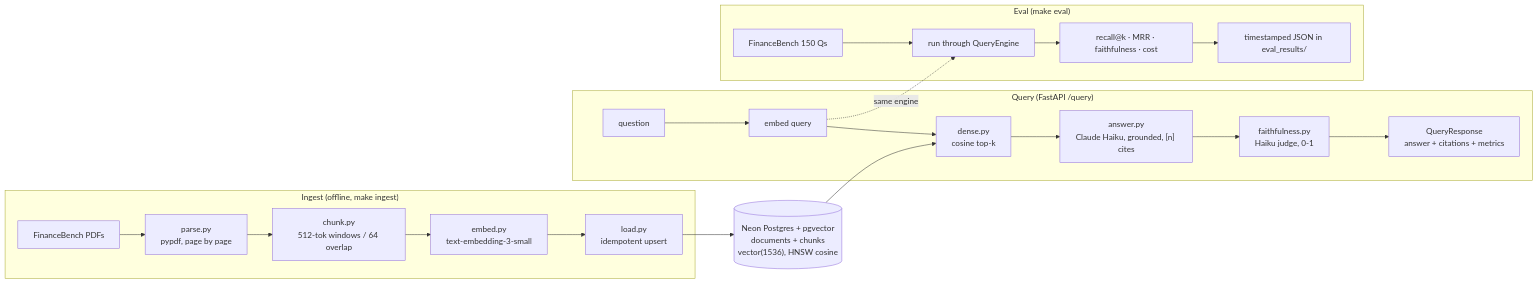
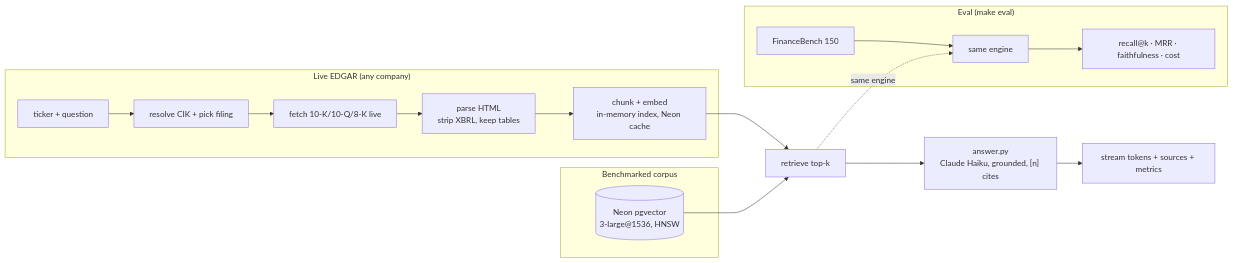
The diagram in README.md (skandula9273/sec-rag-eval), drawn with Mermaid before and after one commit. The commit also changed other lines of this file and 2 other files, not shown here.

First line of the commit message:
Docs: refresh README + CLAUDE.md to the shipped live-EDGAR system

````diff
--- a/README.md
+++ b/README.md
@@ -60,26 +64,20 @@
 ```mermaid
 flowchart LR
-    subgraph INGEST["Ingest (offline, make ingest)"]
-        PDF[FinanceBench PDFs] --> PA[parse.py<br/>pypdf, page by page]
-        PA --> CH[chunk.py<br/>512-tok windows / 64 overlap]
-        CH --> EM[embed.py<br/>text-embedding-3-small]
-        EM --> LD[load.py<br/>idempotent upsert]
+    subgraph LIVE["Live EDGAR (any company)"]
+        T[ticker + question] --> RES[resolve CIK + pick filing]
+        RES --> FET[fetch 10-K/10-Q/8-K live]
+        FET --> PAR[parse HTML<br/>strip XBRL, keep tables]
+        PAR --> IDX[chunk + embed<br/>in-memory index, Neon cache]
     end
-    LD --> DB[("Neon Postgres + pgvector<br/>documents + chunks<br/>vector#40;1536#41;, HNSW cosine")]
-
-    subgraph QUERY["Query (FastAPI /query)"]
-        Q[question] --> QE[embed query]
-        QE --> DS[dense.py<br/>cosine top-k]
-        DS --> GEN[answer.py<br/>Claude Haiku, grounded, #91;n#93; cites]
-        GEN --> FJ[faithfulness.py<br/>Haiku judge, 0-1]
-        FJ --> RESP[QueryResponse<br/>answer + citations + metrics]
+    subgraph CORPUS["Benchmarked corpus"]
+        DB[("Neon pgvector<br/>3-large@1536, HNSW")]
     end
-    DB --> DS
-
+    IDX --> RET[retrieve top-k]
+    DB --> RET
+    RET --> GEN["answer.py<br/>Claude Haiku, grounded, [n] cites"]
+    GEN --> ST[stream tokens + sources + metrics]
     subgraph EVAL["Eval (make eval)"]
-        FB[FinanceBench 150 Qs] --> RUN[run through QueryEngine]
-        RUN --> SC["recall@k · MRR · faithfulness · cost"]
-        SC --> JSON[timestamped JSON in eval_results/]
+        FB[FinanceBench 150] --> RUN[same engine] --> SC["recall@k · MRR · faithfulness · cost"]
     end
-    QE -. same engine .-> RUN
+    RET -. same engine .-> RUN
 ```
````
